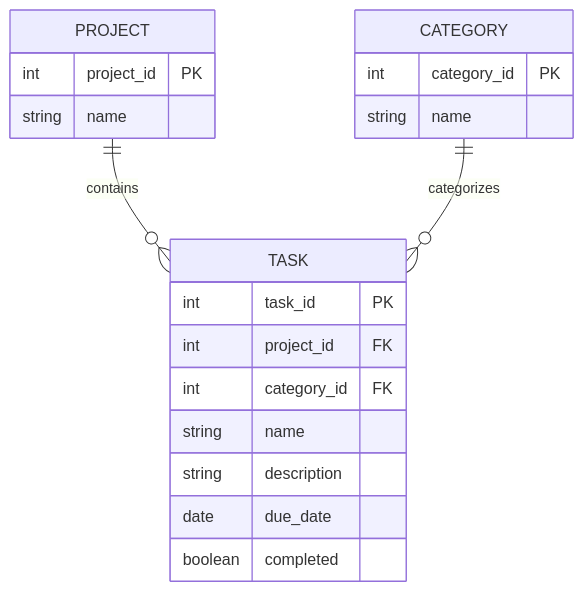
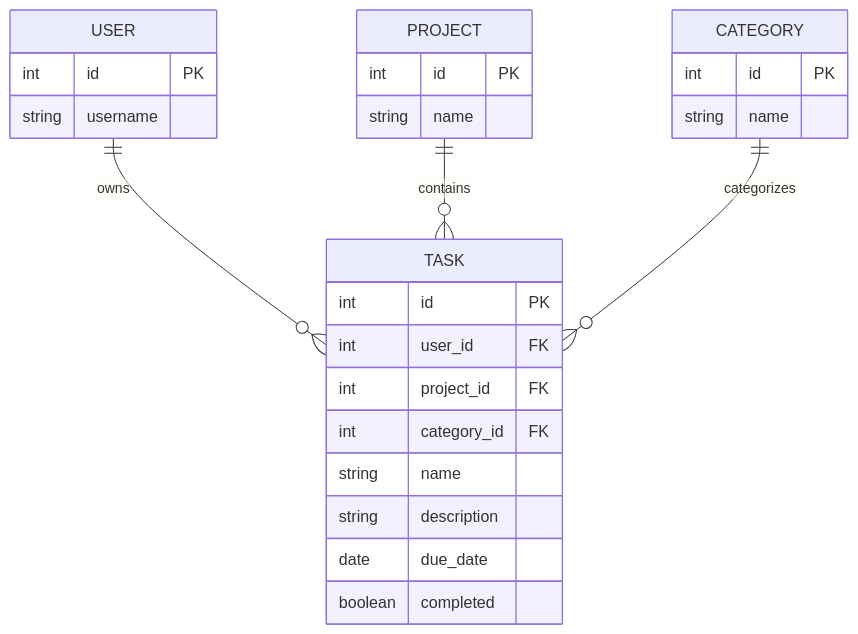
The diagram in docs/erd.md (Jweaver12/Task-Tracker), drawn with Mermaid before and after one commit. The commit also changed other lines of this file and 5 other files, not shown here.

Commit message:
Add user task relationship

````diff
--- a/docs/erd.md
+++ b/docs/erd.md
@@ -6,25 +6,32 @@
 ```mermaid
 erDiagram
+    USER ||--o{ TASK : owns
     PROJECT ||--o{ TASK : contains
     CATEGORY ||--o{ TASK : categorizes
 
+    USER {
+        int id PK
+        string username
+    }
+
     PROJECT {
-        int project_id PK
+        int id PK
         string name
     }
 
     CATEGORY {
-        int category_id PK
+        int id PK
         string name
     }
 
     TASK {
-        int task_id PK
+        int id PK
+        int user_id FK
         int project_id FK
         int category_id FK
         string name
         string description
         date due_date
         boolean completed
     }
 ```
````
